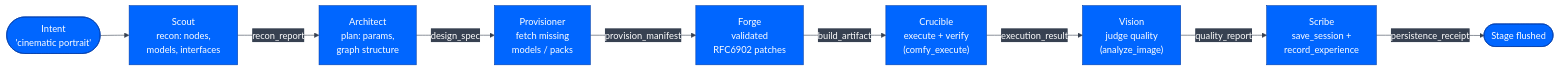
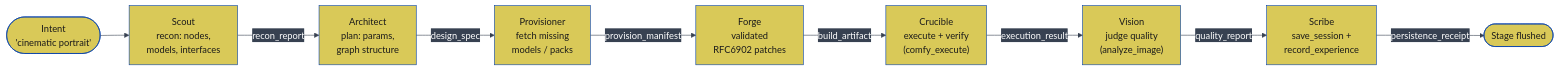
One commit to JosephOIbrahim/Comfy-Cozy changed diagram 12 of 27 in README.md. Above: the diagram before and after it, drawn with Mermaid. The commit also changed other lines of this file, not shown here.

First line of the commit message:
[DOCS] Normalize mermaid palette: force two-tone orange/yellow with black text

````diff
--- a/README.md
+++ b/README.md
@@ -673,12 +704,21 @@
 ```mermaid
 %%{init: {'theme':'base','themeVariables': {'primaryColor':'#0066FF','primaryTextColor':'#ffffff','primaryBorderColor':'#003eaa','lineColor':'#374151','secondaryColor':'#374151','tertiaryColor':'#1f2937','fontFamily':'monospace'}}}%%
 flowchart LR
     Intent(["Intent<br/>'cinematic portrait'"]) --> Scout
     Scout["Scout<br/>recon: nodes,<br/>models, interfaces"] -->|recon_report| Architect
     Architect["Architect<br/>plan: params,<br/>graph structure"] -->|design_spec| Provisioner
     Provisioner["Provisioner<br/>fetch missing<br/>models / packs"] -->|provision_manifest| Forge
     Forge["Forge<br/>validated<br/>RFC6902 patches"] -->|build_artifact| Crucible
     Crucible["Crucible<br/>execute + verify<br/>(comfy_execute)"] -->|execution_result| Vision
     Vision["Vision<br/>judge quality<br/>(analyze_image)"] -->|quality_report| Scribe
     Scribe["Scribe<br/>save_session +<br/>record_experience"] -->|persistence_receipt| Done(["Stage flushed"])
+    style Intent fill:#d9c958,color:#1a1a1a
+    style Scout fill:#d9c958,color:#1a1a1a
+    style Architect fill:#d9c958,color:#1a1a1a
+    style Provisioner fill:#d9c958,color:#1a1a1a
+    style Forge fill:#d9c958,color:#1a1a1a
+    style Crucible fill:#d9c958,color:#1a1a1a
+    style Vision fill:#d9c958,color:#1a1a1a
+    style Scribe fill:#d9c958,color:#1a1a1a
+    style Done fill:#d9c958,color:#1a1a1a
 ```
````
